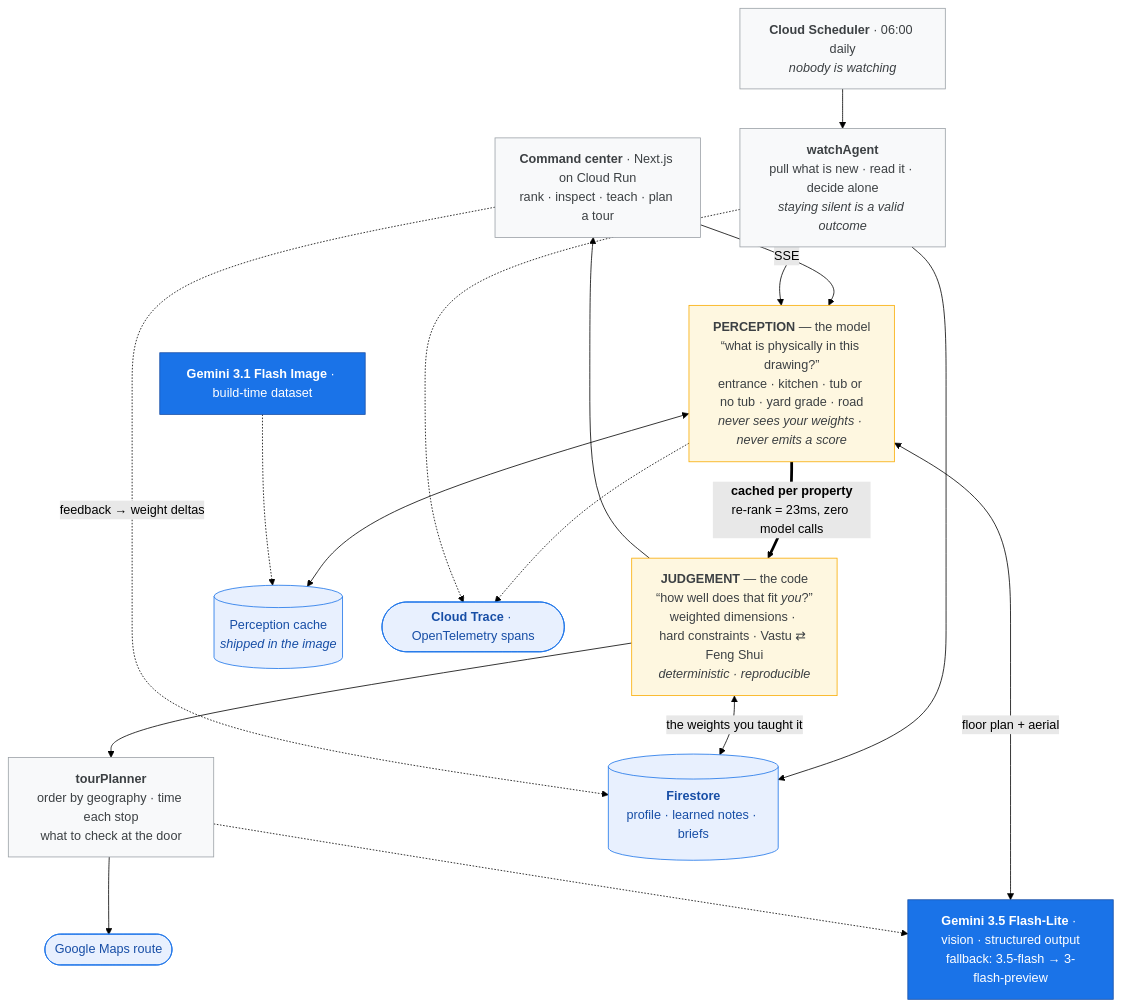
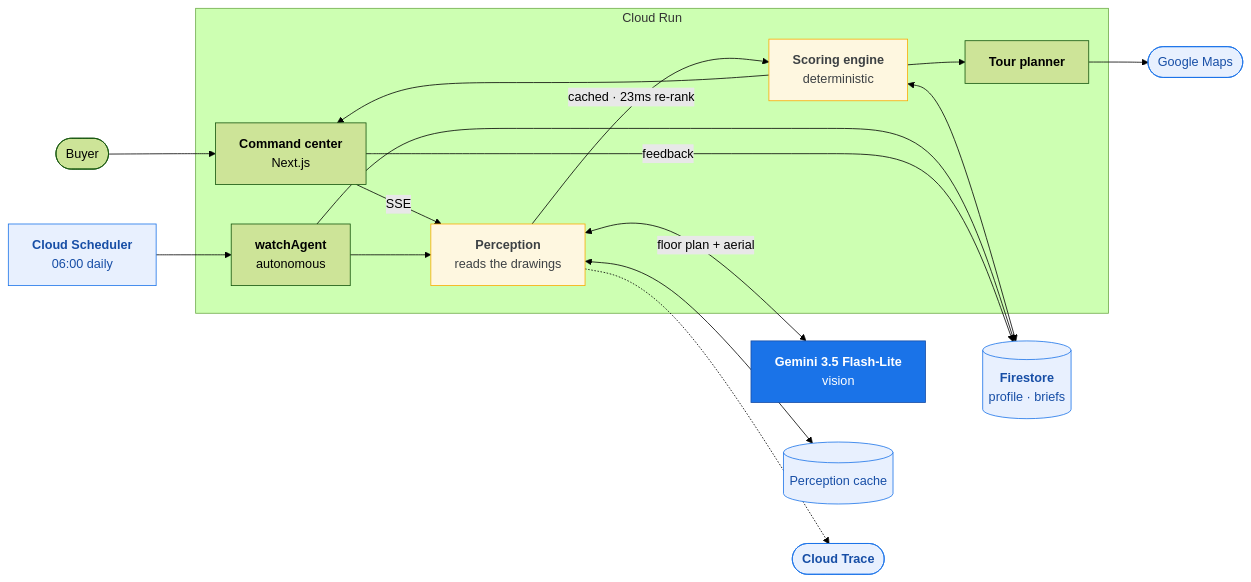
The diagram in README.md (skg0525/allthingsagentichackathon), drawn with Mermaid (forest theme) before and after one commit. The commit also changed other lines of this file and 5 other files, not shown here.

Commit message:
Restructure the demo for a 30-second hook; use your own voice per organizer guidance

````diff
--- a/README.md
+++ b/README.md
@@ -154,45 +154,36 @@
 ```mermaid
-flowchart TB
+flowchart LR
 
-UI["<b>Command center</b> · Next.js on Cloud Run<br/>rank · inspect · teach · plan a tour"]
-SCHED["<b>Cloud Scheduler</b> · 06:00 daily<br/><i>nobody is watching</i>"]
-WATCH["<b>watchAgent</b><br/>pull what is new · read it · decide alone<br/><i>staying silent is a valid outcome</i>"]
+  USER(["Buyer"]) --> UI
+  CRON["<b>Cloud Scheduler</b><br/>06:00 daily"] --> WATCH
 
-PERC["<b>PERCEPTION</b> — the model<br/>“what is physically in this drawing?”<br/>entrance · kitchen · tub or no tub · yard grade · road<br/><i>never sees your weights · never emits a score</i>"]
-JUDGE["<b>JUDGEMENT</b> — the code<br/>“how well does that fit <i>you</i>?”<br/>weighted dimensions · hard constraints · Vastu ⇄ Feng Shui<br/><i>deterministic · reproducible</i>"]
+  subgraph CR["Cloud Run"]
+    UI["<b>Command center</b><br/>Next.js"]
+    WATCH["<b>watchAgent</b><br/>autonomous"]
+    PERC["<b>Perception</b><br/>reads the drawings"]
+    JUDGE["<b>Scoring engine</b><br/>deterministic"]
+    TOUR["<b>Tour planner</b>"]
+  end
 
-TOUR["<b>tourPlanner</b><br/>order by geography · time each stop<br/>what to check at the door"]
-MAPS(["Google Maps route"])
+  UI -->|SSE| PERC
+  WATCH --> PERC
+  PERC -->|"cached · 23ms re-rank"| JUDGE
+  JUDGE --> UI
+  JUDGE --> TOUR
 
-GEM["<b>Gemini 3.5 Flash-Lite</b> · vision · structured output<br/>fallback: 3.5-flash → 3-flash-preview"]
-IMG["<b>Gemini 3.1 Flash Image</b> · build-time dataset"]
+  PERC <-->|"floor plan + aerial"| GEM["<b>Gemini 3.5 Flash-Lite</b><br/>vision"]
+  TOUR --> MAPS(["Google Maps"])
 
-FS[("<b>Firestore</b><br/>profile · learned notes · briefs")]
-CACHE[("Perception cache<br/><i>shipped in the image</i>")]
-TRACE(["<b>Cloud Trace</b> · OpenTelemetry spans"])
+  JUDGE <--> FS[("<b>Firestore</b><br/>profile · briefs")]
+  WATCH --> FS
+  UI -->|feedback| FS
+  PERC <--> CACHE[("Perception cache")]
+  PERC -.-> TRACE(["<b>Cloud Trace</b>"])
 
-UI     -->|"SSE"| PERC
-SCHED  --> WATCH --> PERC
-PERC   ==>|"<b>cached per property</b><br/>re-rank = 23ms, zero model calls"| JUDGE
-JUDGE  --> TOUR --> MAPS
-JUDGE  --> UI
-WATCH  --> FS
-
-PERC   <-->|"floor plan + aerial"| GEM
-PERC   <--> CACHE
-IMG    -.-> CACHE
-TOUR   -.-> GEM
-JUDGE  <-->|"the weights you taught it"| FS
-UI     -.->|"feedback → weight deltas"| FS
-PERC   -.-> TRACE
-WATCH  -.-> TRACE
-
-classDef g fill:#1a73e8,stroke:#174ea6,color:#fff
-classDef store fill:#e8f0fe,stroke:#1a73e8,color:#174ea6
-classDef key fill:#fef7e0,stroke:#f9ab00,color:#3c4043
-classDef plain fill:#f8f9fa,stroke:#9aa0a6,color:#3c4043
-class GEM,IMG g
-class FS,CACHE,TRACE,MAPS store
-class PERC,JUDGE key
-class UI,SCHED,WATCH,TOUR plain
+  classDef g fill:#1a73e8,stroke:#174ea6,color:#fff
+  classDef store fill:#e8f0fe,stroke:#1a73e8,color:#174ea6
+  classDef key fill:#fef7e0,stroke:#f9ab00,color:#3c4043
+  class GEM g
+  class FS,CACHE,TRACE,MAPS,CRON store
+  class PERC,JUDGE key
 ```
````
